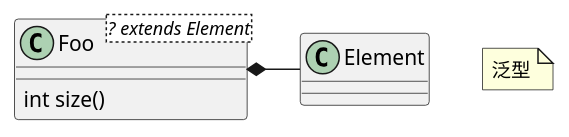
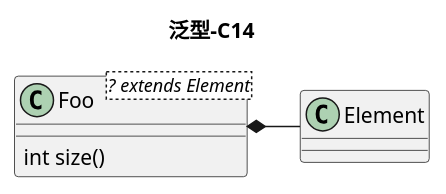
Before and after one commit to securitgithub/plantumlforvscode: the ninth of 24 diagrams in README.md, drawn with PlantUML. The commit also changed other lines of this file and 6 other files, not shown here.

````diff
--- a/README.md
+++ b/README.md
@@ -368,10 +369,10 @@
 ```plantuml
 @startuml
-note "泛型" as C4
+title 泛型-C14
 
 class Foo<? extends Element> {
   int size()
 }
 Foo *- Element
 @enduml
 ```
````
